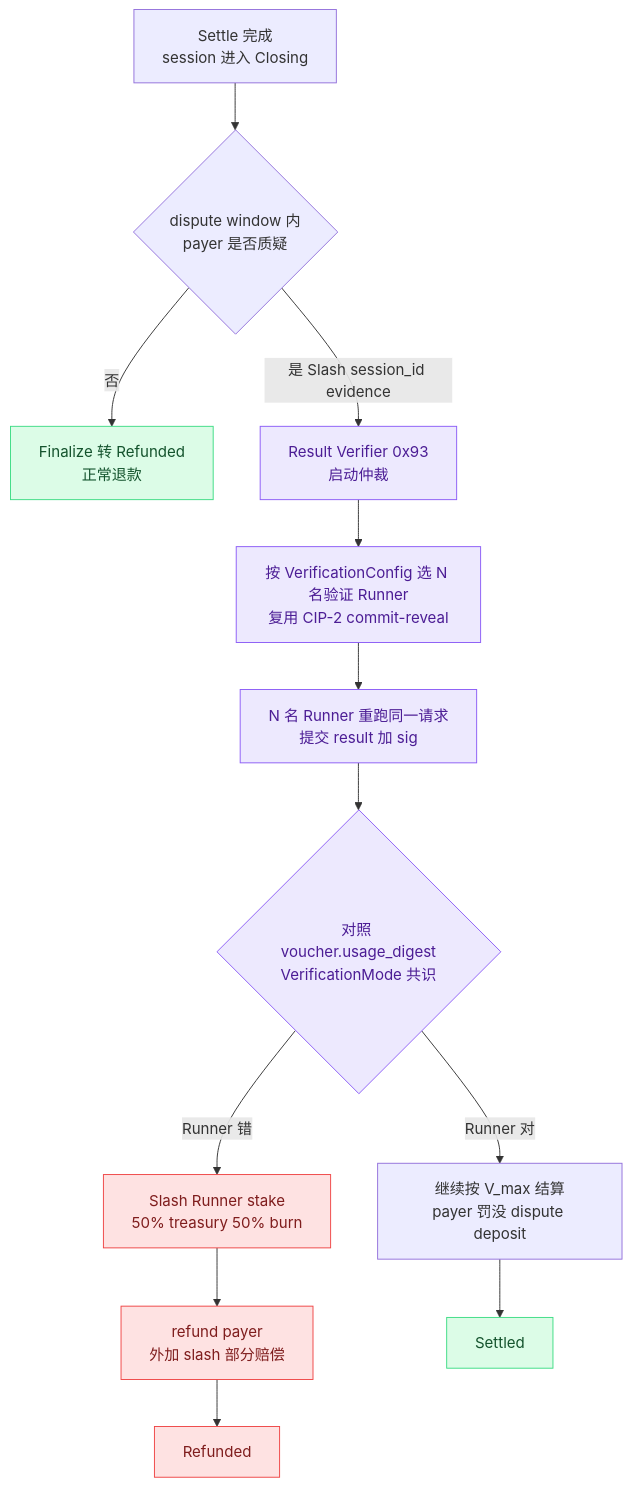
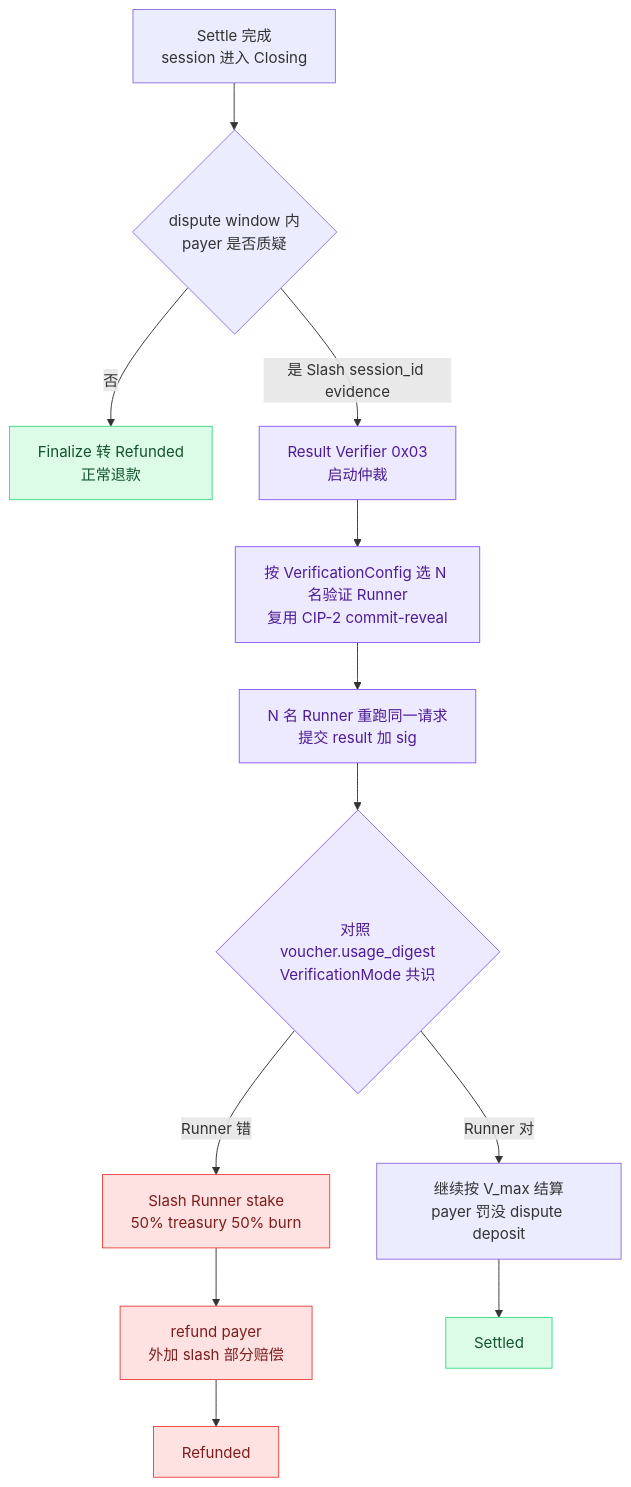
One commit to shawhanken/refs changed the ninth of 11 diagrams in runner/2026-04-28_MPP_Session_Research.md. Above: the diagram before and after it, drawn with Mermaid. The commit also changed other lines of this file and 5 other files, not shown here.

````diff
--- a/runner/2026-04-28_MPP_Session_Research.md
+++ b/runner/2026-04-28_MPP_Session_Research.md
@@ -589,21 +591,21 @@
 ```mermaid
 flowchart TD
     A["Settle 完成<br/>session 进入 Closing"] --> B{"dispute window 内<br/>payer 是否质疑"}
     B -- "否" --> Z1["Finalize 转 Refunded<br/>正常退款"]
-    B -- "是 Slash session_id evidence" --> C["Result Verifier 0x93<br/>启动仲裁"]
+    B -- "是 Slash session_id evidence" --> C["Result Verifier 0x03<br/>启动仲裁"]
     C --> D["按 VerificationConfig 选 N 名验证 Runner<br/>复用 CIP-2 commit-reveal"]
     D --> E["N 名 Runner 重跑同一请求<br/>提交 result 加 sig"]
     E --> F{"对照 voucher.usage_digest<br/>VerificationMode 共识"}
     F -- "Runner 对" --> G["继续按 V_max 结算<br/>payer 罚没 dispute deposit"]
     F -- "Runner 错" --> H["Slash Runner stake<br/>50% treasury 50% burn"]
     H --> I["refund payer<br/>外加 slash 部分赔偿"]
     G --> Z2["Settled"]
     I --> Z3["Refunded"]
 
     classDef happy fill:#dcfce7,stroke:#3ddc84,color:#14532d
     classDef bad fill:#fee2e2,stroke:#ef4444,color:#7f1d1d
     classDef neutral fill:#ede9fe,stroke:#8b5cf6,color:#4c1d95
     class Z1,Z2 happy
     class H,I,Z3 bad
     class C,D,E,F neutral
 ```
````
